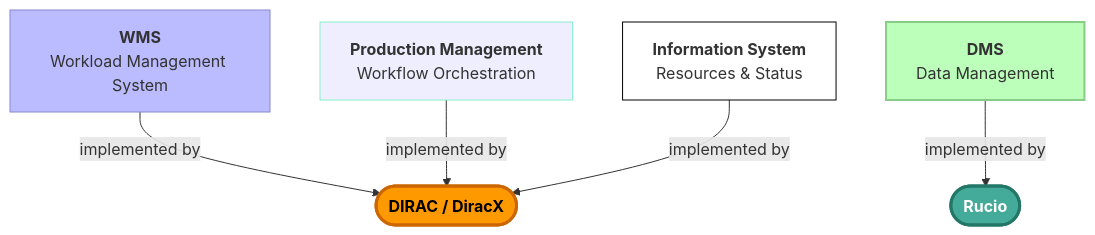
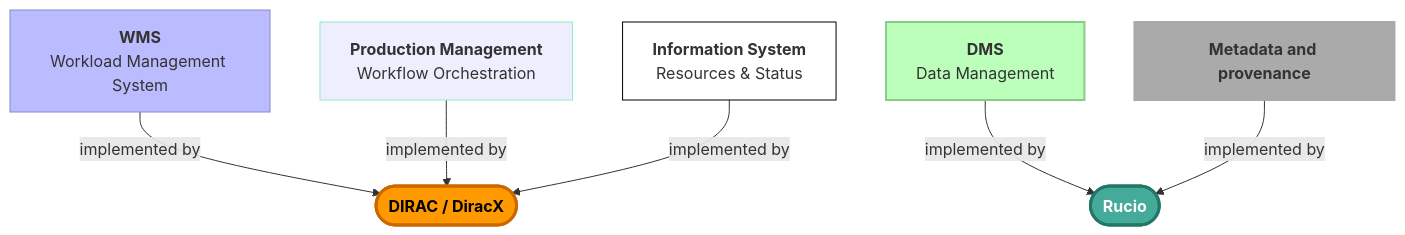
One commit to fstagni/2026_Rucio_Workshop changed the fifth of 7 diagrams in slides.md. Above: the diagram before and after it, drawn with Mermaid. The commit also changed other lines of this file and 5 other files, not shown here.

````diff
--- a/slides.md
+++ b/slides.md
@@ -185,28 +250,31 @@
 ```mermaid
 %%{init: { 'theme': 'default' }}%%
 flowchart TD
     WMS["`**WMS**
     Workload Management System`"]
     DMS["`**DMS**
     Data Management`"]
     PROD["`**Production Management**
     Workflow Orchestration`"]
+    MD["`**Metadata and provenance**`"]
     IS["`**Information System**
     Resources & Status`"]
 
     style WMS fill:#bbf,stroke:#88c
     style DMS fill:#bfb,stroke:#8c8,stroke-width:2px
     style PROD fill:#eef,stroke:#8ec
     style IS fill:#fff,stroke:#000
+    style MD fill:#aaa,stroke:#aaa,stroke-width:2px
 
     DIRAC(["`**DIRAC / DiracX**`"])
     RUCIO(["`**Rucio**`"])
 
     style DIRAC fill:#f90,color:#000,stroke:#c60,stroke-width:3px
     style RUCIO fill:#4a9,color:#fff,stroke:#276,stroke-width:3px
 
     WMS -->|implemented by| DIRAC
     DMS -->|implemented by| RUCIO
     PROD -->|implemented by| DIRAC
     IS -->|implemented by| DIRAC
+    MD -->|implemented by| RUCIO
 ```
````
